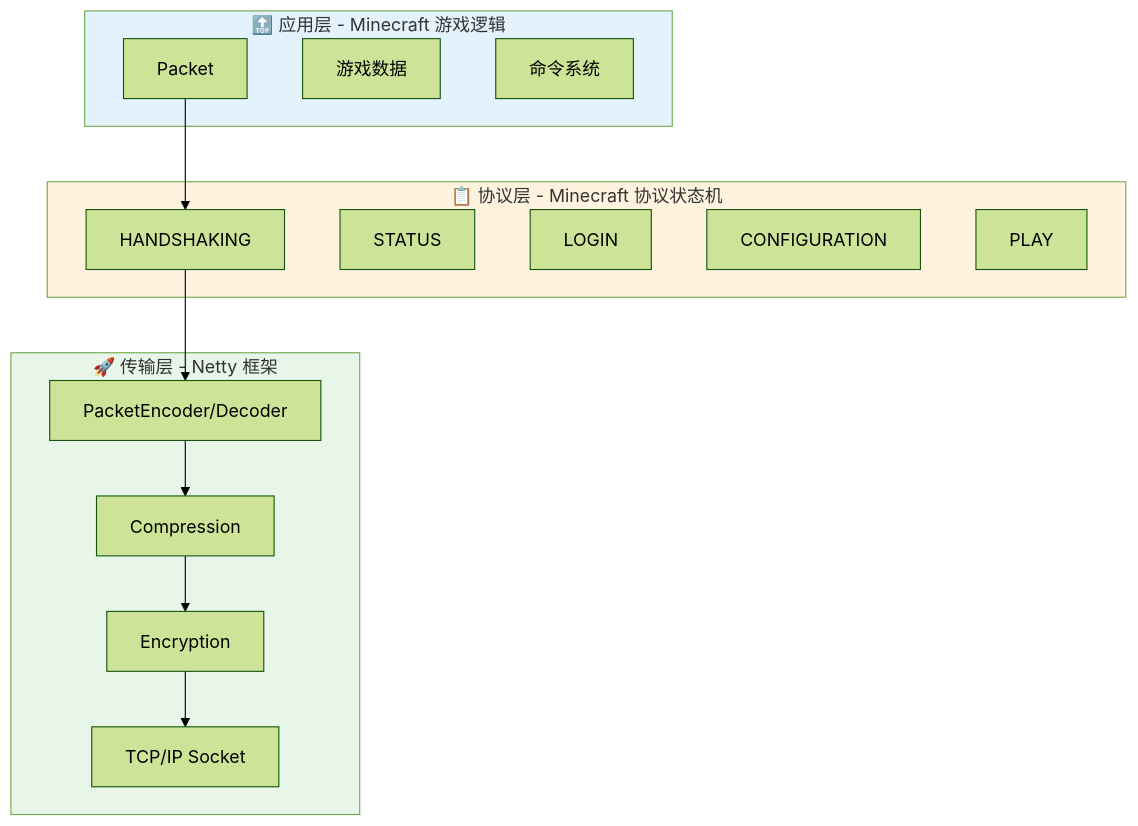
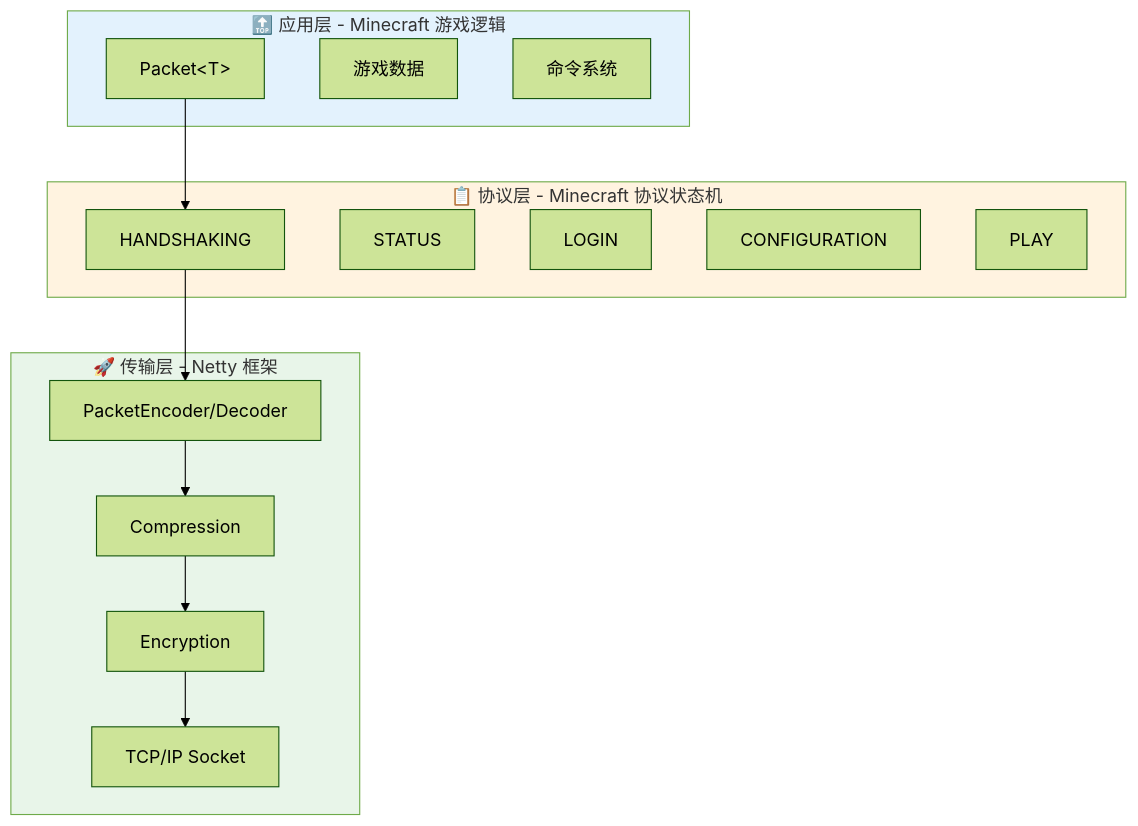
One commit to BaiGave/Minecraft-Learning changed the diagram in content/mc/1.21/core/-/tutorials/Part-6-Network/35-network-intro.md. Above: the diagram before and after it, drawn with Mermaid (forest theme). The commit also changed 17 other files, not shown here.

````diff
--- a/content/mc/1.21/core/-/tutorials/Part-6-Network/35-network-intro.md
+++ b/content/mc/1.21/core/-/tutorials/Part-6-Network/35-network-intro.md
@@ -138,31 +138,31 @@
 ```mermaid
 flowchart TD
     subgraph 应用层["🔝 应用层 - Minecraft 游戏逻辑"]
-        A1["Packet<T>"]
+        A1["Packet#lt;T#gt;"]
         A2["游戏数据"]
         A3["命令系统"]
     end
 
     subgraph 协议层["📋 协议层 - Minecraft 协议状态机"]
         P1["HANDSHAKING"]
         P2["STATUS"]
         P3["LOGIN"]
         P4["CONFIGURATION"]
         P5["PLAY"]
     end
 
     subgraph 传输层["🚀 传输层 - Netty 框架"]
         T1["PacketEncoder/Decoder"]
         T2["Compression"]
         T3["Encryption"]
         T4["TCP/IP Socket"]
     end
 
     A1 --> P1
     P1 --> T1
     T1 --> T2 --> T3 --> T4
 
     style 应用层 fill:#e3f2fd
     style 协议层 fill:#fff3e0
     style 传输层 fill:#e8f5e9
 ```
````
